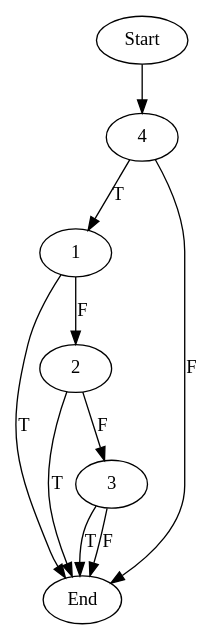
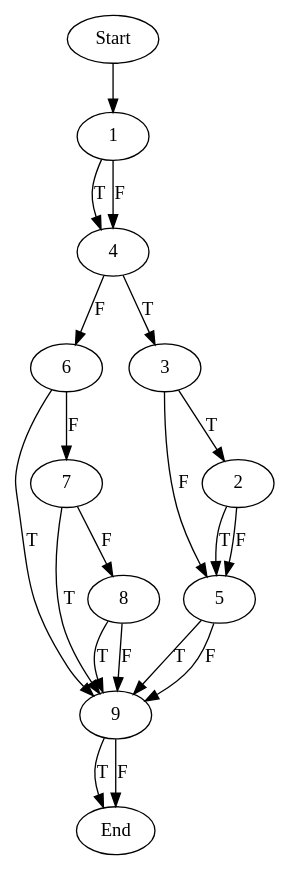
Before and after one commit to echancrure/Sikraken: the diagram in Parser/input.dot, drawn with Graphviz. The commit also changed 8 other files, not shown here.

Commit message:
Control Flow Graph working for Switch cases.

```diff
--- a/Parser/input.dot
+++ b/Parser/input.dot
@@ -1,11 +1,21 @@
 digraph CFG {
-"Start" -> "4"	 
-"4" -> "1" [label = "T"];
-"4" -> "End" [label = "F"];
-"3" -> "End" [label = "T"];
-"3" -> "End" [label = "F"];
-"2" -> "End" [label = "T"];
-"2" -> "3" [label = "F"];
-"1" -> "End" [label = "T"];
-"1" -> "2" [label = "F"];
+"Start" -> "1"	 
+"9" -> "End" [label = "T"];
+"9" -> "End" [label = "F"];
+"8" -> "9" [label = "T"];
+"8" -> "9" [label = "F"];
+"7" -> "9" [label = "T"];
+"7" -> "8" [label = "F"];
+"6" -> "9" [label = "T"];
+"6" -> "7" [label = "F"];
+"5" -> "9" [label = "T"];
+"5" -> "9" [label = "F"];
+"4" -> "3" [label = "T"];
+"4" -> "6" [label = "F"];
+"3" -> "2" [label = "T"];
+"3" -> "5" [label = "F"];
+"2" -> "5" [label = "T"];
+"2" -> "5" [label = "F"];
+"1" -> "4" [label = "T"];
+"1" -> "4" [label = "F"];
 }
```
